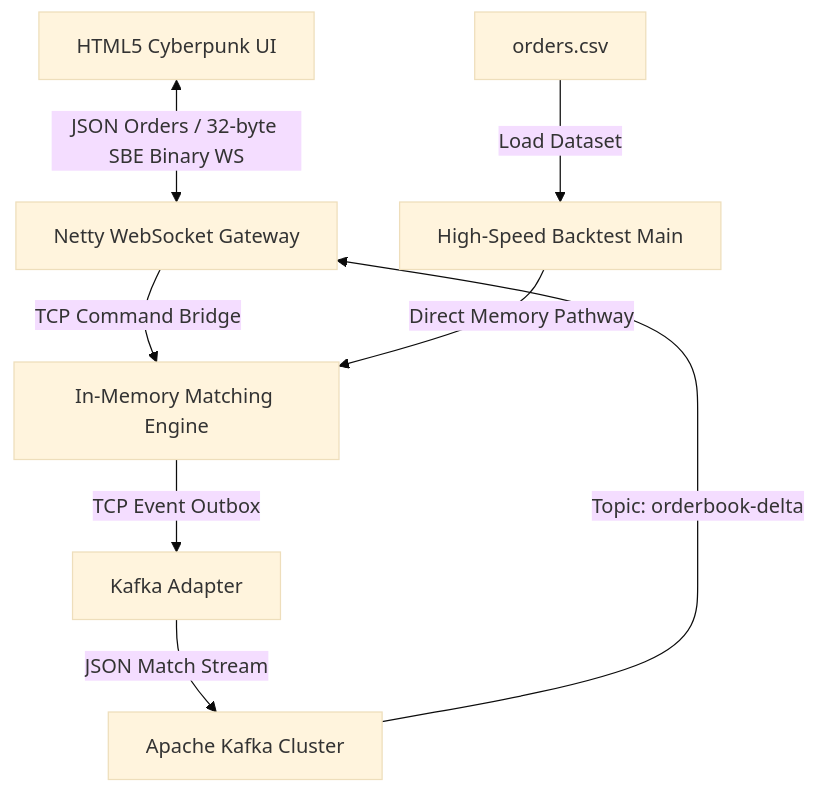
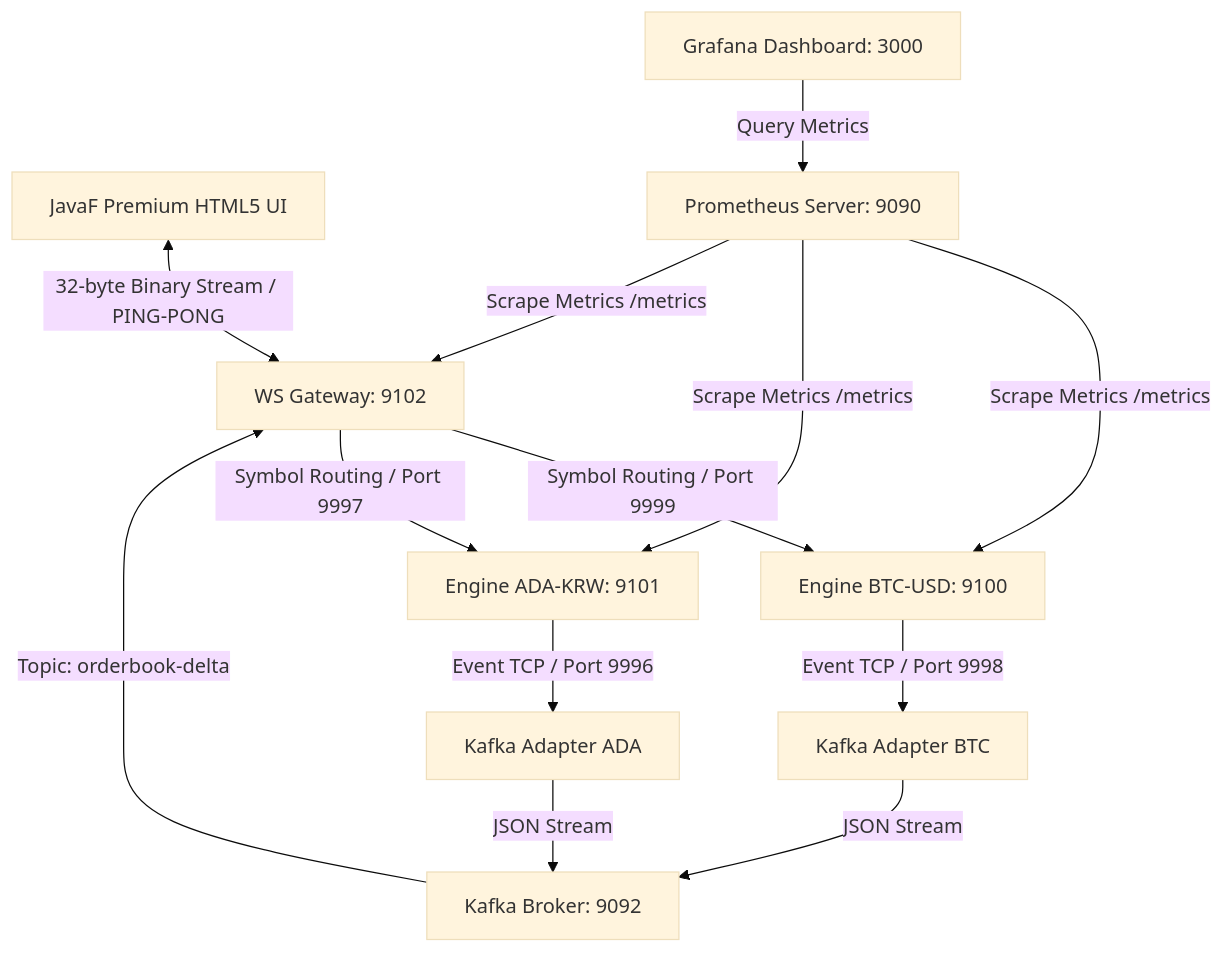
One commit to kangilc/exchange_be changed the diagram in README.md. Above: the diagram before and after it, drawn with Mermaid (base theme). The commit also changed other lines of this file, not shown here.

````diff
--- a/README.md
+++ b/README.md
@@ -22,15 +25,23 @@
 ```mermaid
 graph TD
     %% Clients
-    UI[HTML5 Cyberpunk UI] <-->|JSON Orders / 32-byte SBE Binary WS| Gateway[Netty WebSocket Gateway]
+    UI[JavaF Premium HTML5 UI] <-->|32-byte Binary Stream / PING-PONG| WS[Netty WS Gateway: 8080]
     
-    %% Engine & Adapters
-    Gateway -->|TCP Command Bridge| Engine[In-Memory Matching Engine]
-    Engine -->|TCP Event Outbox| KAdapter[Kafka Adapter]
-    KAdapter -->|JSON Match Stream| Kafka[Apache Kafka Cluster]
-    Kafka -->|Topic: orderbook-delta| Gateway
+    %% Monitoring
+    Prometheus[Prometheus Server: 9090] -->|Scrape Metrics /metrics| EngineBTC[Engine BTC-USD: 9100]
+    Prometheus -->|Scrape Metrics /metrics| EngineADA[Engine ADA-KRW: 9101]
+    Prometheus -->|Scrape Metrics /metrics| WS[WS Gateway: 9102]
+    Grafana[Grafana Dashboard: 3000] -->|Query Metrics| Prometheus
     
-    %% Offline Backtest
-    Backtest[High-Speed Backtest Main] -->|Direct Memory Pathway| Engine
-    CSV[orders.csv] -->|Load Dataset| Backtest
+    %% Engine BTC
+    WS -->|Symbol Routing / Port 9999| EngineBTC
+    EngineBTC -->|Event TCP / Port 9998| KAdapterBTC[Kafka Adapter BTC]
+    KAdapterBTC -->|JSON Stream| Kafka[Kafka Broker: 9092]
+    
+    %% Engine ADA
+    WS -->|Symbol Routing / Port 9997| EngineADA
+    EngineADA -->|Event TCP / Port 9996| KAdapterADA[Kafka Adapter ADA]
+    KAdapterADA -->|JSON Stream| Kafka
+    
+    Kafka -->|Topic: orderbook-delta| WS
 ```
````
